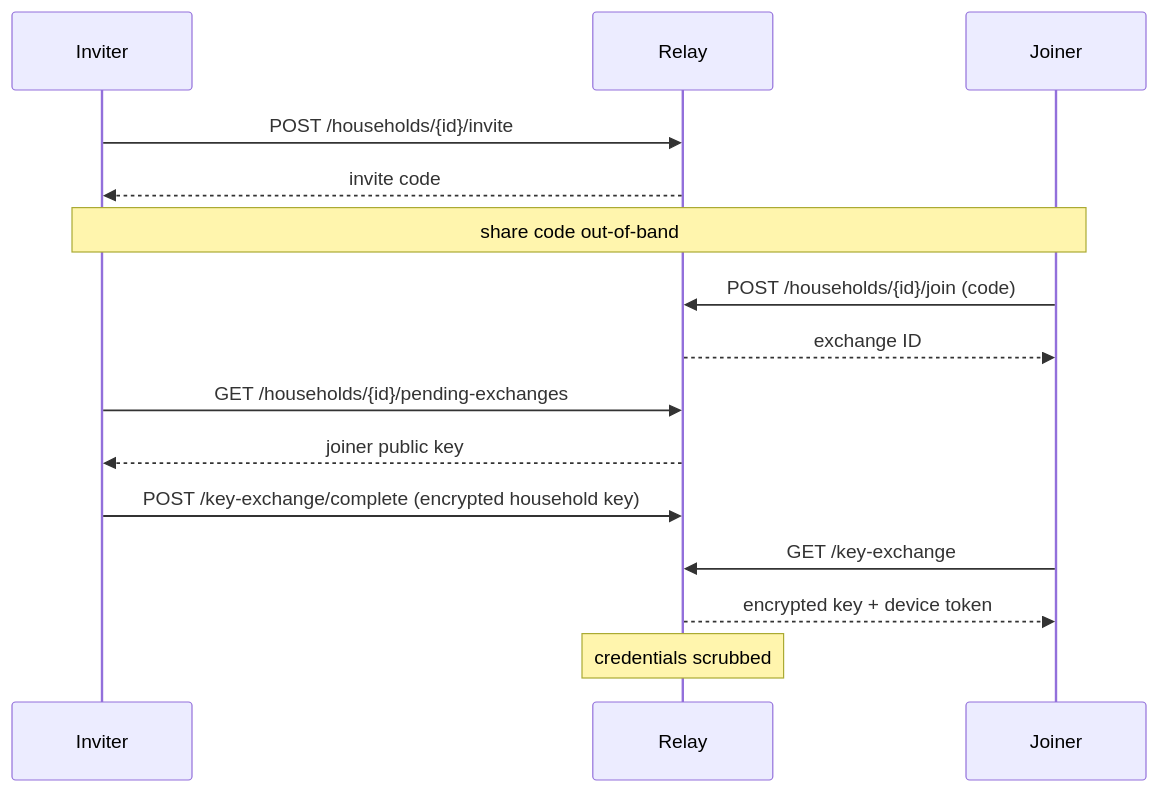
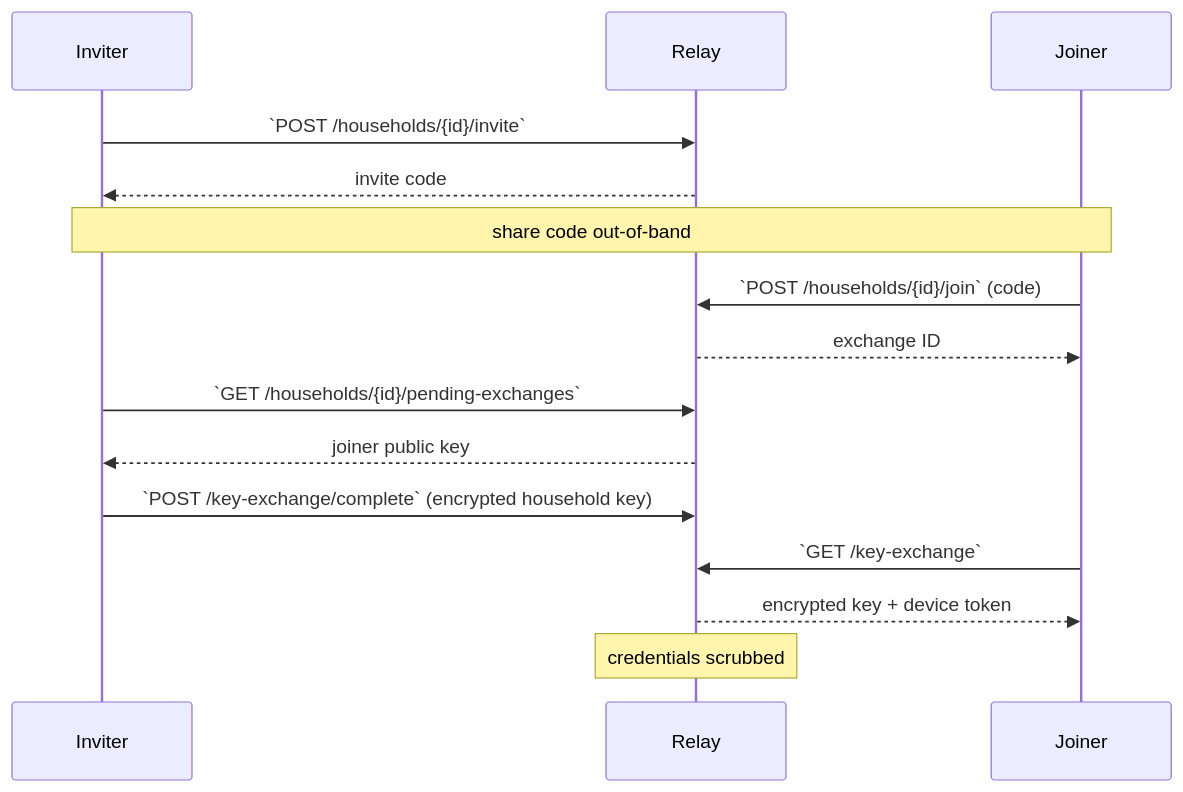
One commit to micasa-dev/micasa changed the second of 3 diagrams in docs/content/docs/development/relay-architecture.md. Above: the diagram before and after it, drawn with Mermaid. The commit also changed other lines of this file and 2 other files, not shown here.

First line of the commit message:
docs(website): theme Mermaid diagrams and add inline code formatting (#875)

````diff
--- a/docs/content/docs/development/relay-architecture.md
+++ b/docs/content/docs/development/relay-architecture.md
@@ -75,23 +75,23 @@
 ```mermaid
 sequenceDiagram
     participant I as Inviter
     participant R as Relay
     participant J as Joiner
 
-    I->>R: POST /households/{id}/invite
+    I->>R: `POST /households/{id}/invite`
     R-->>I: invite code
 
     Note over I,J: share code out-of-band
 
-    J->>R: POST /households/{id}/join (code)
+    J->>R: `POST /households/{id}/join` (code)
     R-->>J: exchange ID
 
-    I->>R: GET /households/{id}/pending-exchanges
+    I->>R: `GET /households/{id}/pending-exchanges`
     R-->>I: joiner public key
 
-    I->>R: POST /key-exchange/complete (encrypted household key)
+    I->>R: `POST /key-exchange/complete` (encrypted household key)
 
-    J->>R: GET /key-exchange
+    J->>R: `GET /key-exchange`
     R-->>J: encrypted key + device token
     Note over R: credentials scrubbed
 ```
````
